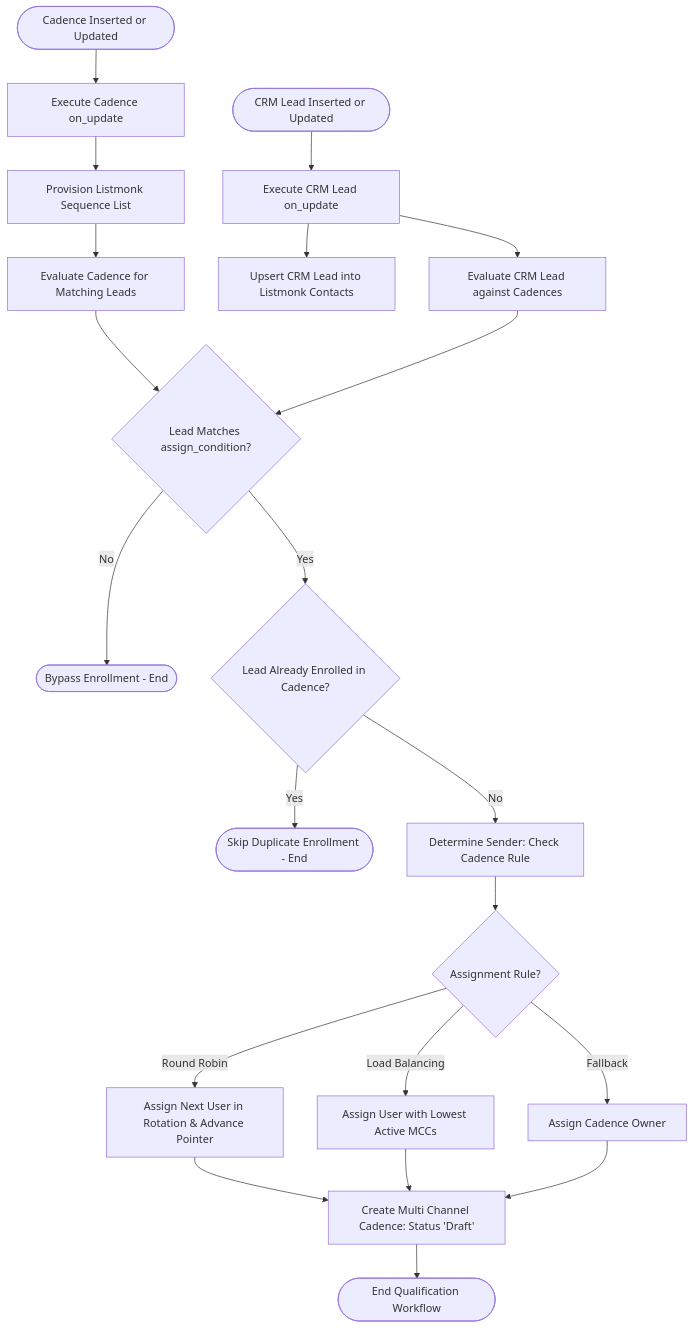
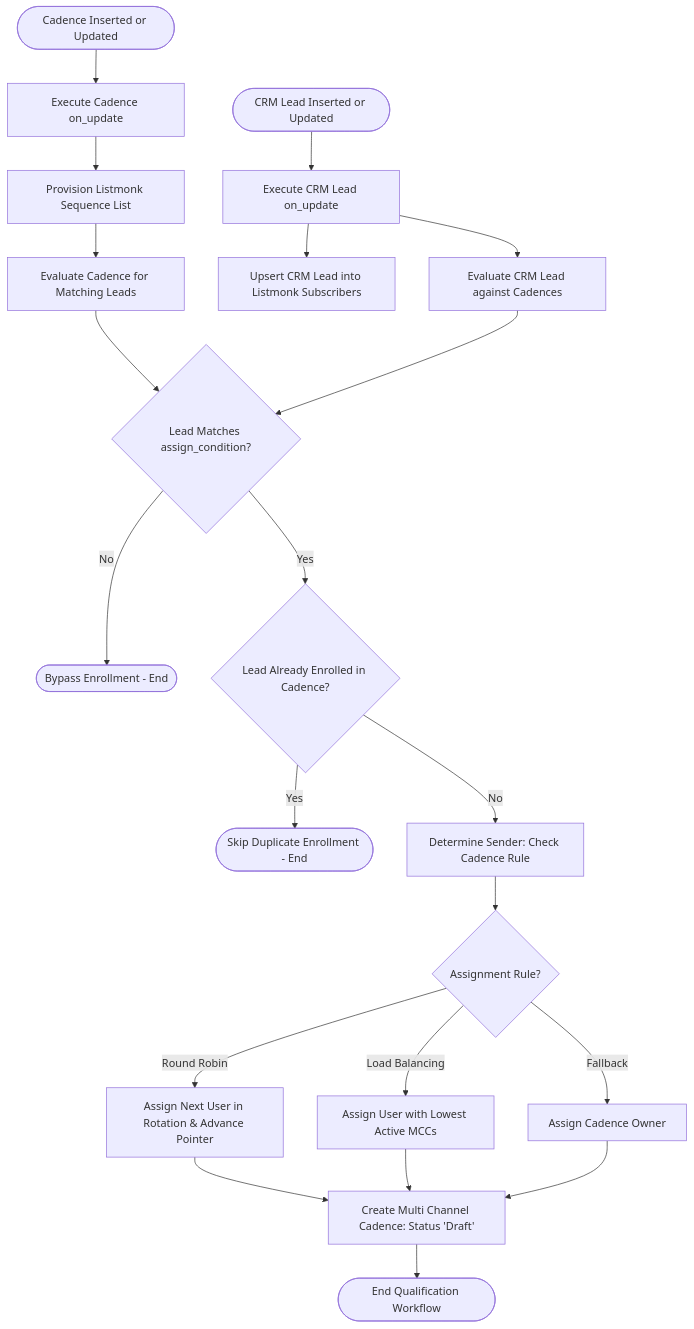
One commit to aurumorcom/frappe-cadence changed the diagram in docs/architecture/bpmn/03-lead-qualification-and-enrollment.md. Above: the diagram before and after it, drawn with Mermaid. The commit also changed 3 other files, not shown here.

First line of the commit message:
docs: update Listmonk terminology from Contact to Subscriber

````diff
--- a/docs/architecture/bpmn/03-lead-qualification-and-enrollment.md
+++ b/docs/architecture/bpmn/03-lead-qualification-and-enrollment.md
@@ -5,31 +5,31 @@
 ```mermaid
 flowchart TD
     StartLead([CRM Lead Inserted or Updated]) --> TriggerLeadHook[Execute CRM Lead on_update]
     StartCadence([Cadence Inserted or Updated]) --> TriggerCadenceHook[Execute Cadence on_update]
     
     TriggerCadenceHook --> ProvisionSequence[Provision Listmonk Sequence List]
     ProvisionSequence --> EvalCadenceLeads[Evaluate Cadence for Matching Leads]
     
-    TriggerLeadHook --> SyncLeadToContact[Upsert CRM Lead into Listmonk Contacts]
+    TriggerLeadHook --> SyncLeadToSubscriber[Upsert CRM Lead into Listmonk Subscribers]
     TriggerLeadHook --> EvalLeadCadences[Evaluate CRM Lead against Cadences]
     
     EvalCadenceLeads --> ASTParse{Lead Matches assign_condition?}
     EvalLeadCadences --> ASTParse
     
     ASTParse -- No --> IgnoreLead([Bypass Enrollment - End])
     ASTParse -- Yes --> CheckEnrolled{Lead Already Enrolled in Cadence?}
     
     CheckEnrolled -- Yes --> AlreadyEnrolled([Skip Duplicate Enrollment - End])
     CheckEnrolled -- No --> ResolveSender[Determine Sender: Check Cadence Rule]
     
     ResolveSender --> SenderRuleChoice{Assignment Rule?}
     SenderRuleChoice -- Round Robin --> SelectNextUser[Assign Next User in Rotation & Advance Pointer]
     SenderRuleChoice -- Load Balancing --> SelectLowestLoadUser[Assign User with Lowest Active MCCs]
     SenderRuleChoice -- Fallback --> SelectCadenceOwner[Assign Cadence Owner]
     
     SelectNextUser --> CreateMCC[Create Multi Channel Cadence: Status 'Draft']
     SelectLowestLoadUser --> CreateMCC
     SelectCadenceOwner --> CreateMCC
     
     CreateMCC --> End([End Qualification Workflow])
 ```
````
